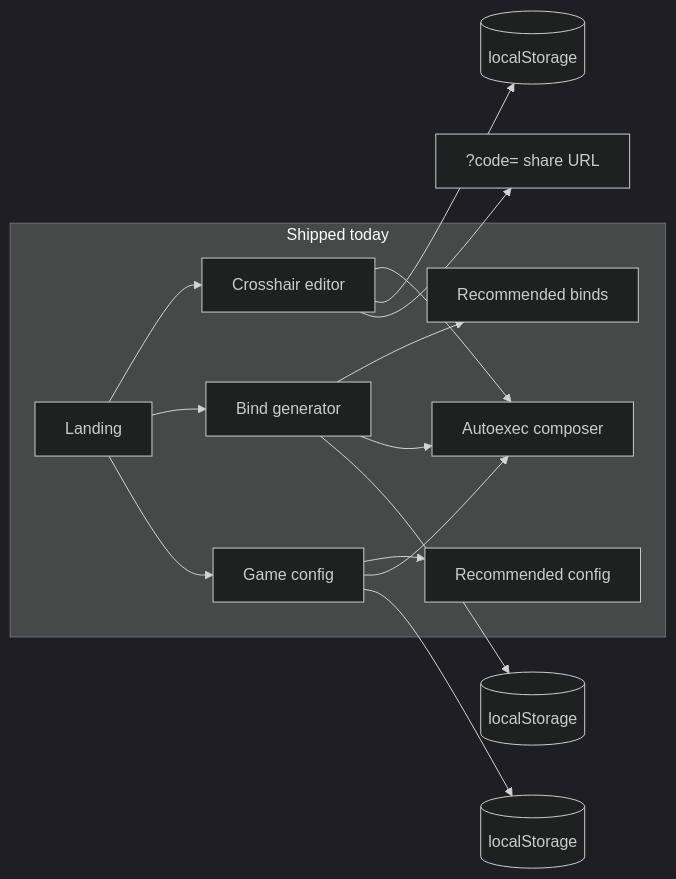
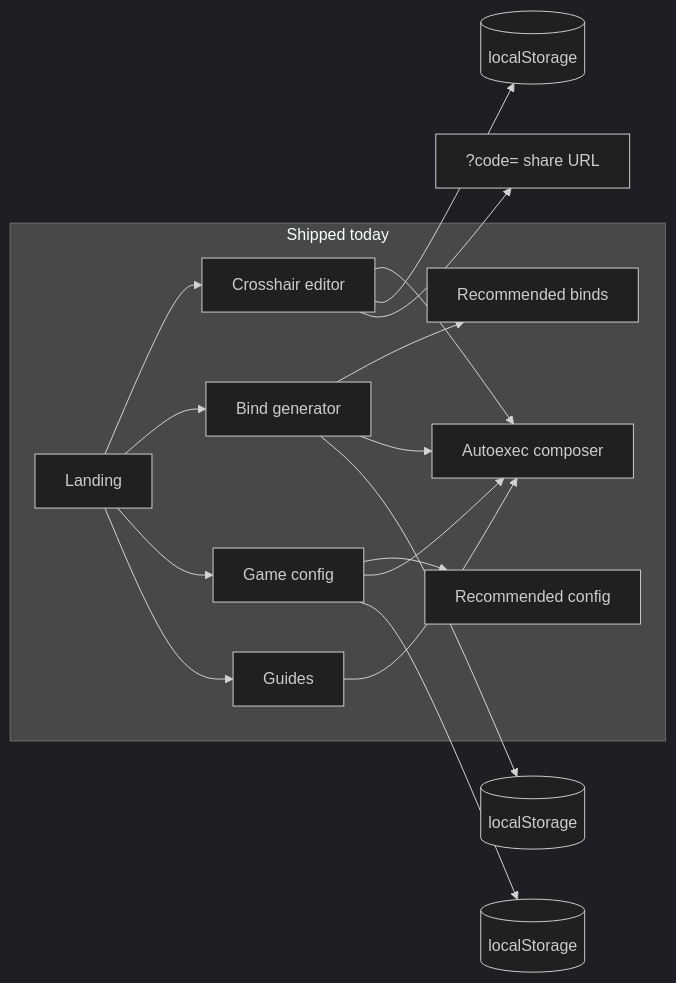
One commit to percdotdev/bindr changed the first of 4 diagrams in .docs/SPEC.md. Above: the diagram before and after it, drawn with Mermaid (dark theme). The commit also changed other lines of this file, not shown here.

First line of the commit message:
docs(spec): document guides feature (phase 1.7)

````diff
--- a/.docs/SPEC.md
+++ b/.docs/SPEC.md
@@ -54,24 +54,27 @@
 ```mermaid
 flowchart LR
   subgraph shipped [Shipped today]
     Home[Landing]
     XH[Crosshair editor]
     Binds[Bind generator]
     Rec[Recommended binds]
     Cfg[Game config]
     CfgRec[Recommended config]
     AE[Autoexec composer]
+    Guides[Guides]
   end
   Home --> XH
   Home --> Binds
   Home --> Cfg
+  Home --> Guides
   Binds --> Rec
   Cfg --> CfgRec
   XH --> AE
   Cfg --> AE
   Binds --> AE
+  Guides --> AE
   XH --> LS1[(localStorage)]
   Binds --> LS2[(localStorage)]
   Cfg --> LS3[(localStorage)]
   XH --> URL["?code= share URL"]
 ```
````
